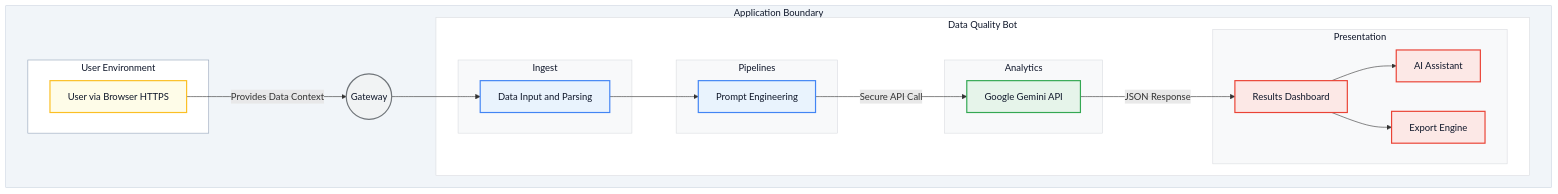
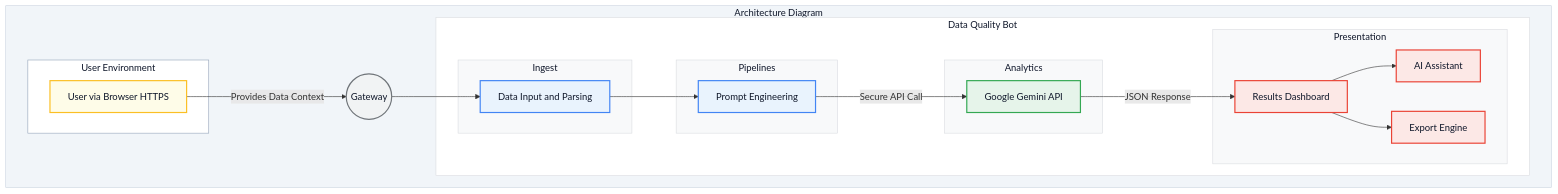
The first of 2 diagrams in README.md (chtsalvishal/DQ_Gen_AI_Bot), drawn with Mermaid before and after one commit. The commit also changed other lines of this file, not shown here.

Commit message:
docs: Update README diagram styling
Adjusted Mermaid diagram styling in the README to improve readability and visual appeal. This includes increasing font size and changing the font family for better presentation.

````diff
--- a/README.md
+++ b/README.md
@@ -38,51 +38,51 @@
 ```mermaid
-%%{init: { 'themeVariables': { 'fontSize': '16px', 'fontFamily': 'Arial' } }}%%
+%%{init: { 'themeVariables': { 'fontSize': '36px', 'fontFamily': '"Segoe UI", Arial, sans-serif' } }}%%
 graph TD
-    subgraph application_boundary [Application Boundary]
+    subgraph architecture_diagram [Architecture Diagram]
         subgraph userenv [User Environment]
             A[User via Browser HTTPS]:::userNode
         end
 
         B((Gateway)):::gatewayNode
         
         A -- Provides Data Context --> B
 
         subgraph botlogic [Data Quality Bot]
             subgraph ingest [Ingest]
                 C[Data Input and Parsing]:::processNode
             end
             subgraph pipelines [Pipelines]
                 D[Prompt Engineering]:::processNode
             end
             subgraph analytics [Analytics]
                 E[Google Gemini API]:::apiNode
             end
             subgraph presentation [Presentation]
                 F[Results Dashboard]:::outputNode
                 G[AI Assistant]:::outputNode
                 H[Export Engine]:::outputNode
             end
         end
 
         B --> C
         C --> D
         D -- Secure API Call --> E
         E -- JSON Response --> F
         F --> G
         F --> H
     end
     
-    style application_boundary fill:#F1F5F9,stroke:#CBD5E1,color:#0f172a
+    style architecture_diagram fill:#F1F5F9,stroke:#CBD5E1,color:#0f172a
     style userenv fill:#FFFFFF,stroke:#94A3B8,color:#0f172a
     style botlogic fill:#FFFFFF,stroke:#DADCE0,color:#0f172a
     style ingest fill:#F8F9FA,stroke:#DADCE0,color:#0f172a
     style pipelines fill:#F8F9FA,stroke:#DADCE0,color:#0f172a
     style analytics fill:#F8F9FA,stroke:#DADCE0,color:#0f172a
     style presentation fill:#F8F9FA,stroke:#DADCE0,color:#0f172a
 
     classDef userNode fill:#FEFCE8,stroke:#FBBF24,stroke-width:2px,color:#0f172a
     classDef gatewayNode fill:#F1F3F4,stroke:#70757A,stroke-width:2px,color:#0f172a
     classDef processNode fill:#E9F3FD,stroke:#4285F4,stroke-width:2px,color:#0f172a
     classDef apiNode fill:#E6F4EA,stroke:#34A853,stroke-width:2px,color:#0f172a
     classDef outputNode fill:#FCE8E6,stroke:#EA4335,stroke-width:2px,color:#0f172a
 ```
````
